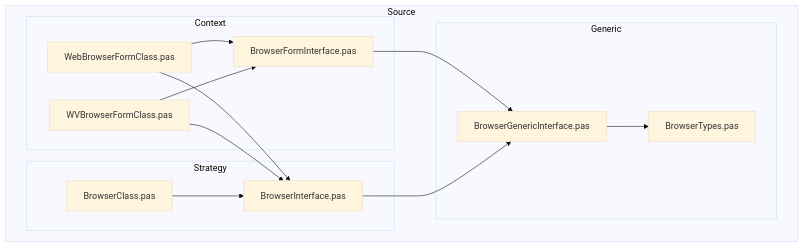
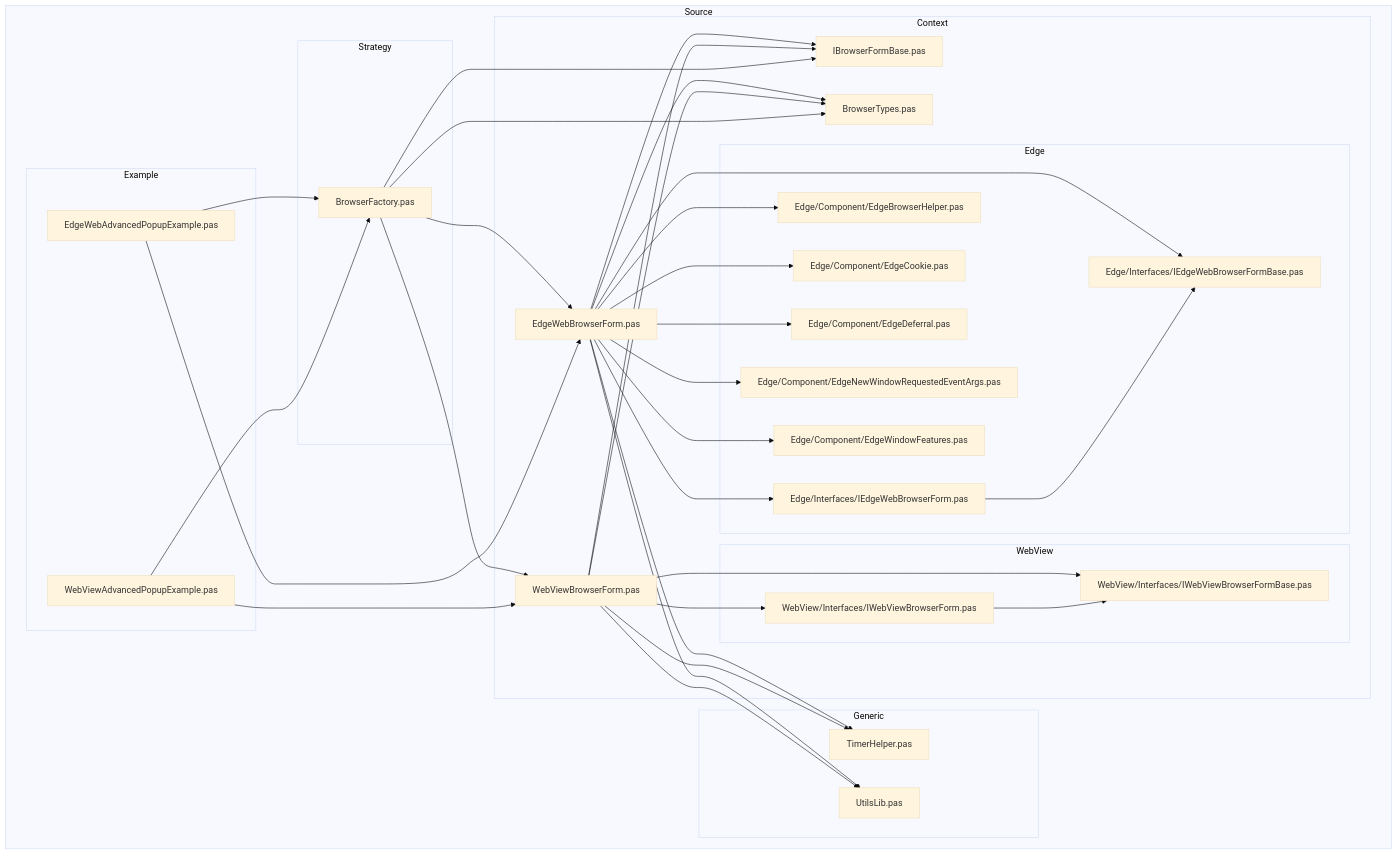
The diagram in mermaid-flowchart.mmd (nicksonjean/delphi-browser-form-runtime), drawn with Mermaid (base theme) before and after one commit. The commit also changed 181 other files, not shown here.

Commit message:
feat: strategy and factory refactor

```diff
--- a/mermaid-flowchart.mmd
+++ b/mermaid-flowchart.mmd
@@ -1,28 +1,77 @@
 flowchart TB
     subgraph Source
         subgraph Context
-            A1[BrowserFormInterface.pas]
-            A2[WebBrowserFormClass.pas]
-            A3[WVBrowserFormClass.pas]
+            A1[IBrowserFormBase.pas]
+            A2[BrowserTypes.pas]
+            A3[EdgeWebBrowserForm.pas]
+            A4[WebViewBrowserForm.pas]
+            
+            subgraph Edge
+                A5[Edge/Interfaces/IEdgeWebBrowserForm.pas]
+                A6[Edge/Interfaces/IEdgeWebBrowserFormBase.pas]
+                A7[Edge/Component/EdgeBrowserHelper.pas]
+                A8[Edge/Component/EdgeCookie.pas]
+                A9[Edge/Component/EdgeDeferral.pas]
+                A10[Edge/Component/EdgeNewWindowRequestedEventArgs.pas]
+                A11[Edge/Component/EdgeWindowFeatures.pas]
+            end
+            
+            subgraph WebView
+                A12[WebView/Interfaces/IWebViewBrowserForm.pas]
+                A13[WebView/Interfaces/IWebViewBrowserFormBase.pas]
+            end
+        end
+
+        subgraph Strategy
+            B1[BrowserFactory.pas]
         end
 
         subgraph Generic
-            B1[BrowserGenericInterface.pas]
-            B2[BrowserTypes.pas]
+            C1[TimerHelper.pas]
+            C2[UtilsLib.pas]
         end
-
-        subgraph Strategy
-            C1[BrowserClass.pas]
-            C2[BrowserInterface.pas]
+        
+        subgraph Example
+            D1[EdgeWebAdvancedPopupExample.pas]
+            D2[WebViewAdvancedPopupExample.pas]
         end
     end
 
-    %% Relações de uso (exemplos de dependências)
-    A2 --> A1
+    %% Relações de dependência
     A3 --> A1
-    C1 --> C2
-    A2 --> C2
+    A4 --> A1
+    A3 --> A2
+    A4 --> A2
+    
+    %% Edge dependencies
+    A3 --> A5
+    A3 --> A6
+    A3 --> A7
+    A3 --> A8
+    A3 --> A9
+    A3 --> A10
+    A3 --> A11
+    A5 --> A6
+    
+    %% WebView dependencies
+    A4 --> A12
+    A4 --> A13
+    A12 --> A13
+    
+    %% Strategy dependencies
+    B1 --> A1
+    B1 --> A2
+    B1 --> A3
+    B1 --> A4
+    
+    %% Generic dependencies
+    A3 --> C1
+    A4 --> C1
     A3 --> C2
-    A1 --> B1
-    B1 --> B2
-    C2 --> B1
+    A4 --> C2
+    
+    %% Example dependencies
+    D1 --> A3
+    D2 --> A4
+    D1 --> B1
+    D2 --> B1
```
